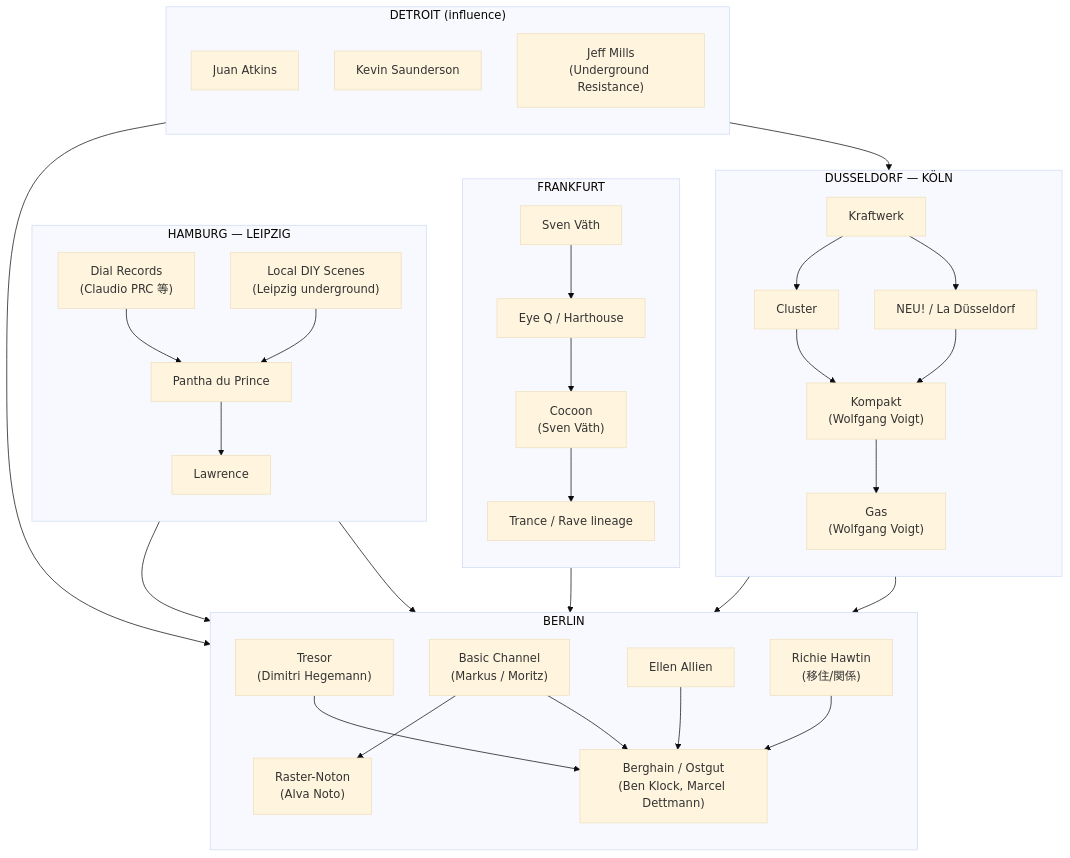
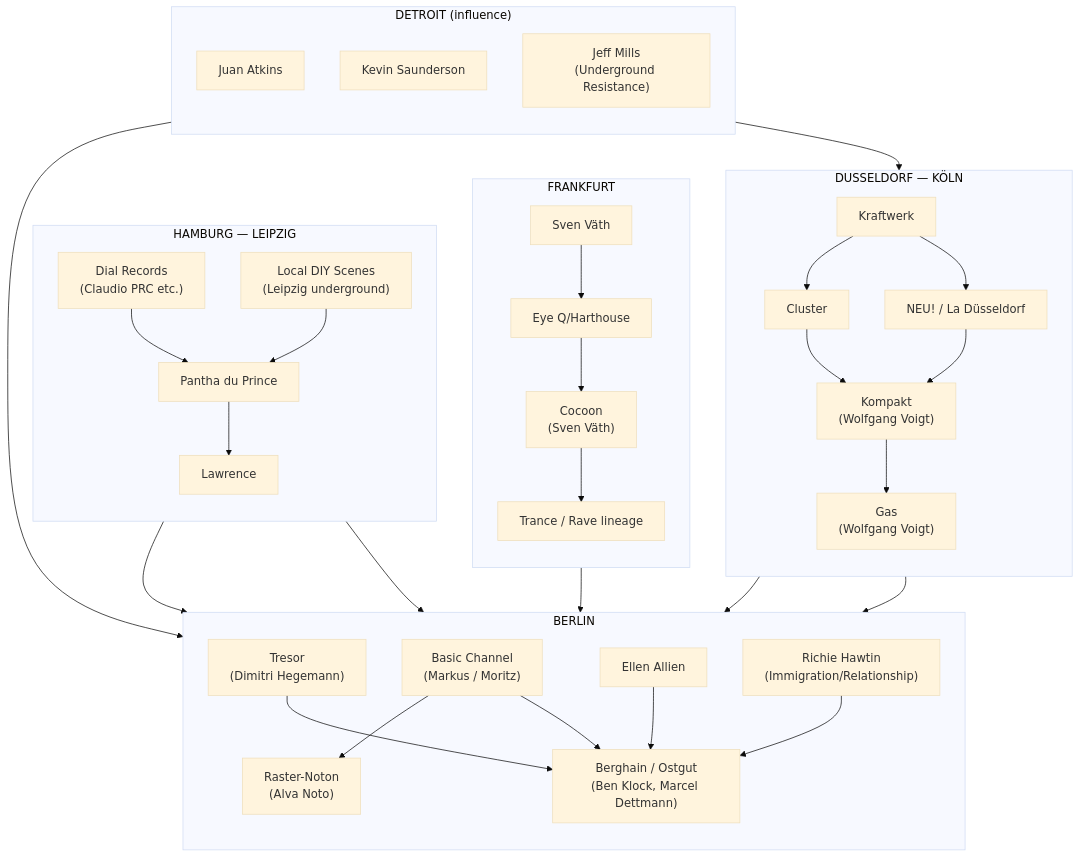
Before and after one commit to monumental-movement/monumental-movement.github.io: the second of 2 diagrams in en/_posts/2025-10-17-column-german-techno-areas.md, drawn with Mermaid (base theme). The commit also changed other lines of this file and 1631 other files, not shown here.

```diff
--- a/en/_posts/2025-10-17-column-german-techno-areas.md
+++ b/en/_posts/2025-10-17-column-german-techno-areas.md
@@ -245,7 +233,7 @@
 <div class="mermaid">
 
 flowchart TD
-  %% --- サブグラフ：ベルリン ---
+  %% --- Subgraph: Berlin ---
   subgraph BERLIN["BERLIN"]
     direction TB
     B1["Tresor<br/>(Dimitri Hegemann)"]
@@ -253,10 +241,10 @@
     B3["Raster-Noton<br/>(Alva Noto)"]
     B4["Berghain / Ostgut<br/>(Ben Klock, Marcel Dettmann)"]
     B5["Ellen Allien"]
-    B6["Richie Hawtin<br/>(移住/関係)"]
+    B6["Richie Hawtin<br/>(Immigration/Relationship)"]
   end
 
-  %% --- サブグラフ：デュッセルドルフ〜ケルン ---
+%% --- Subgraph: Düsseldorf to Cologne ---
   subgraph RHINE["DUSSELDORF — KÖLN"]
     direction TB
     C1["Kraftwerk"]
@@ -266,25 +254,25 @@
     C5["Gas<br/>(Wolfgang Voigt)"]
   end
 
-  %% --- サブグラフ：フランクフルト ---
+%% --- Subgraph: Frankfurt ---
   subgraph FRANKFURT["FRANKFURT"]
     direction TB
     F1["Sven Väth"]
-    F2["Eye Q / Harthouse"]
+    F2["Eye Q/Harthouse"]
     F3["Cocoon<br/>(Sven Väth)"]
     F4["Trance / Rave lineage"]
   end
 
-  %% --- サブグラフ：ハンブルク〜ライプツィヒ ---
+%% --- Subgraph: Hamburg-Leipzig ---
   subgraph NORTH["HAMBURG — LEIPZIG"]
     direction TB
-    H1["Dial Records<br/>(Claudio PRC 等)"]
+    H1["Dial Records<br/>(Claudio PRC etc.)"]
     H2["Pantha du Prince"]
     H3["Local DIY Scenes<br/>(Leipzig underground)"]
     H4["Lawrence"]
   end
 
-  %% --- 外的影響（デトロイト） ---
+%% --- External influences (Detroit) ---
   subgraph DETROIT["DETROIT (influence)"]
     direction TB
     D1["Juan Atkins"]
@@ -292,7 +280,7 @@
     D3["Jeff Mills<br/>(Underground Resistance)"]
   end
 
-  %% --- 矢印（影響 / 系譜） ---
+%% --- Arrow (Influence/Genealogy) ---
   %% Berlin internal
   B1 --> B4
   B2 --> B3
@@ -300,24 +288,24 @@
   B5 --> B4
   B6 --> B4
 
-  %% Rhine internal
+%% Rhine internal
   C1 --> C2
   C1 --> C3
   C3 --> C4
   C4 --> C5
   C2 --> C4
 
-  %% Frankfurt internal
+%% Frankfurt internal
   F1 --> F2
   F2 --> F3
   F3 --> F4
 
-  %% North internal
+%% North internal
   H1 --> H2
   H2 --> H4
   H3 --> H2
 
-  %% Cross-city influences
+%% Cross-city influences
   C1 --> B2
   D3 --> B1
   D1 --> C1
```
